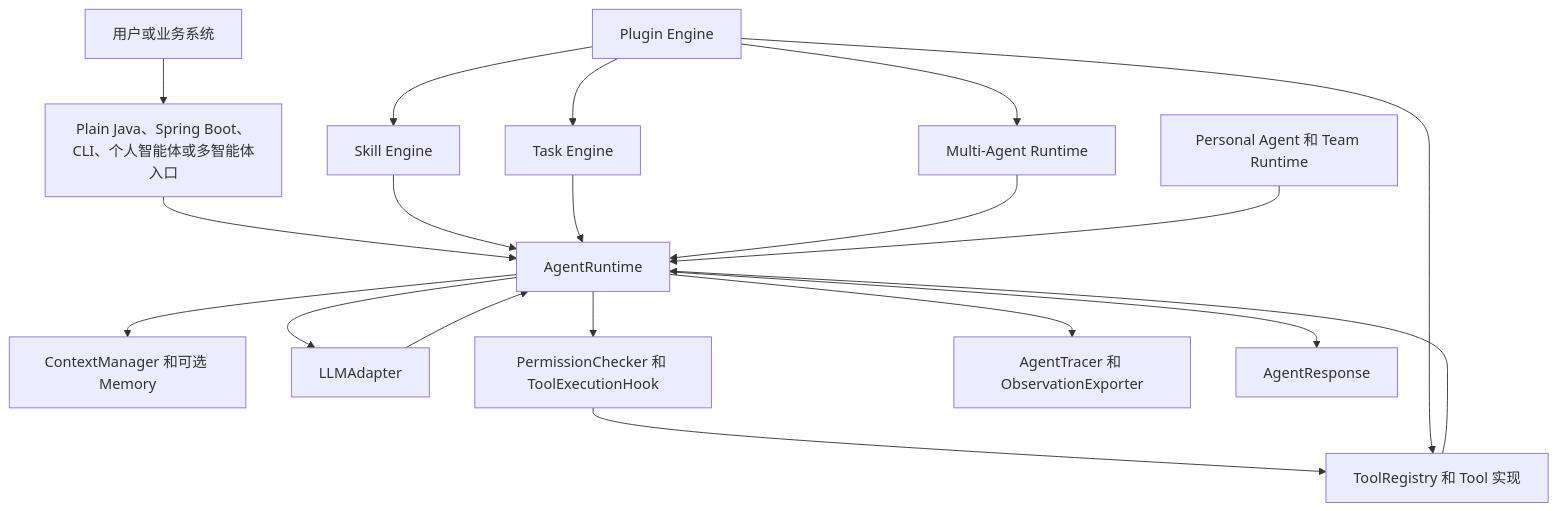
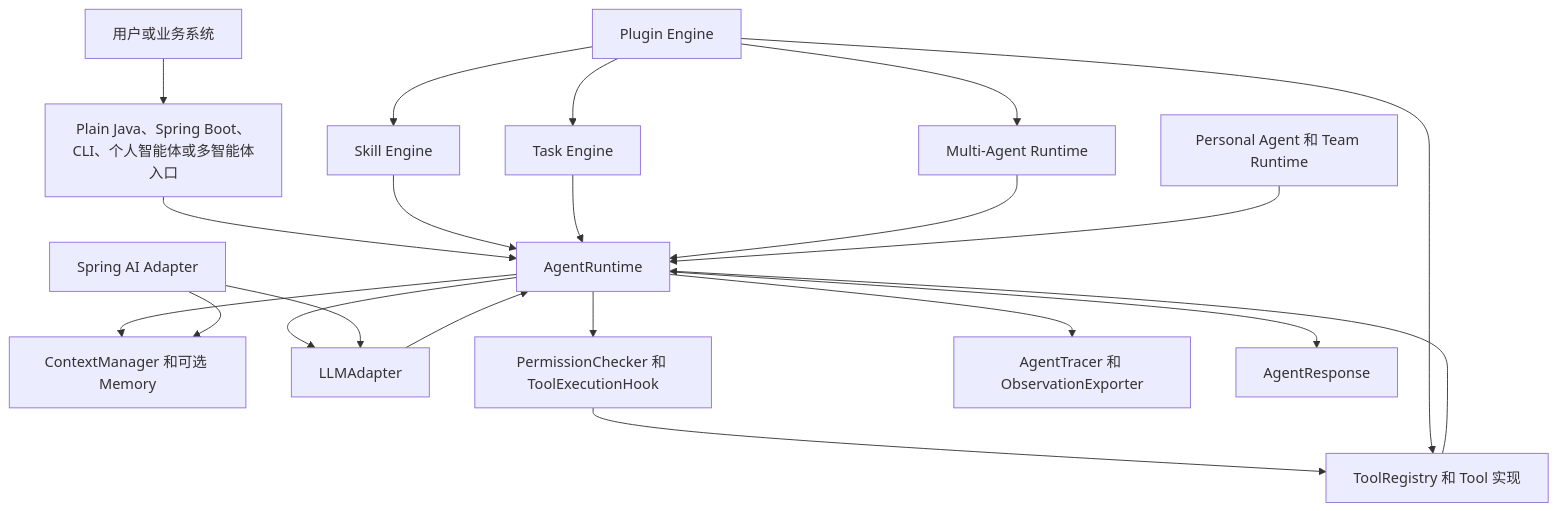
Before and after one commit to liu9187/OpenHarness4j: the second of 2 diagrams in README.cn.md, drawn with Mermaid. The commit also changed other lines of this file and 20 other files, not shown here.

````diff
--- a/README.cn.md
+++ b/README.cn.md
@@ -156,38 +162,41 @@
 ```mermaid
 flowchart TB
     USER["用户或业务系统"]
     ENTRY["Plain Java、Spring Boot、CLI、个人智能体或多智能体入口"]
     RUNTIME["AgentRuntime"]
     CONTEXT["ContextManager 和可选 Memory"]
     LLM["LLMAdapter"]
     TOOLS["ToolRegistry 和 Tool 实现"]
     PERMISSION["PermissionChecker 和 ToolExecutionHook"]
     OBS["AgentTracer 和 ObservationExporter"]
     RESPONSE["AgentResponse"]
 
     USER --> ENTRY
     ENTRY --> RUNTIME
     RUNTIME --> CONTEXT
     RUNTIME --> LLM
     LLM --> RUNTIME
     RUNTIME --> PERMISSION
     PERMISSION --> TOOLS
     TOOLS --> RUNTIME
     RUNTIME --> OBS
     RUNTIME --> RESPONSE
 
     SKILL["Skill Engine"]
     TASK["Task Engine"]
     MULTI["Multi-Agent Runtime"]
     PERSONAL["Personal Agent 和 Team Runtime"]
     PLUGIN["Plugin Engine"]
+    SPRINGAI["Spring AI Adapter"]
 
     SKILL --> RUNTIME
     TASK --> RUNTIME
     MULTI --> RUNTIME
     PERSONAL --> RUNTIME
     PLUGIN --> TOOLS
     PLUGIN --> SKILL
     PLUGIN --> TASK
     PLUGIN --> MULTI
+    SPRINGAI --> LLM
+    SPRINGAI --> CONTEXT
 ```
````
